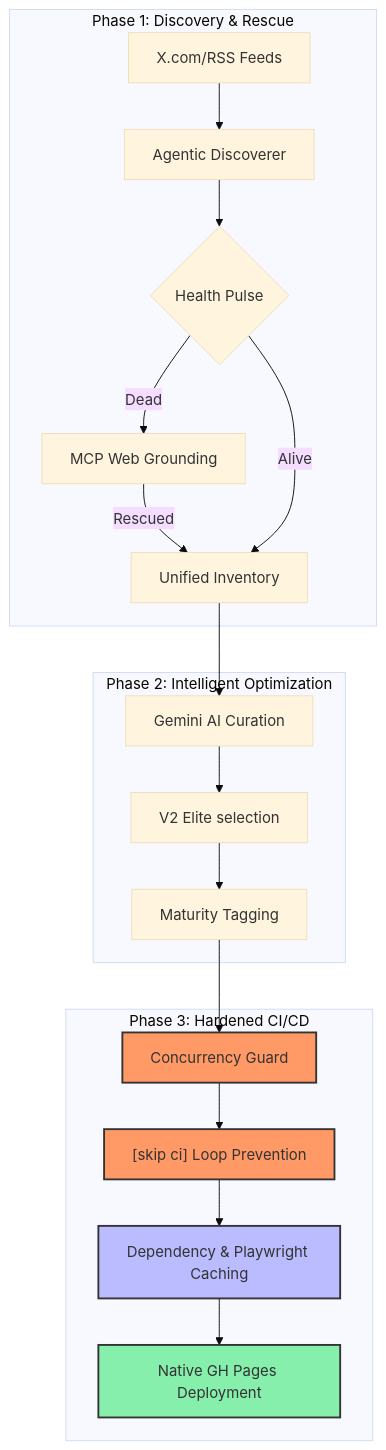
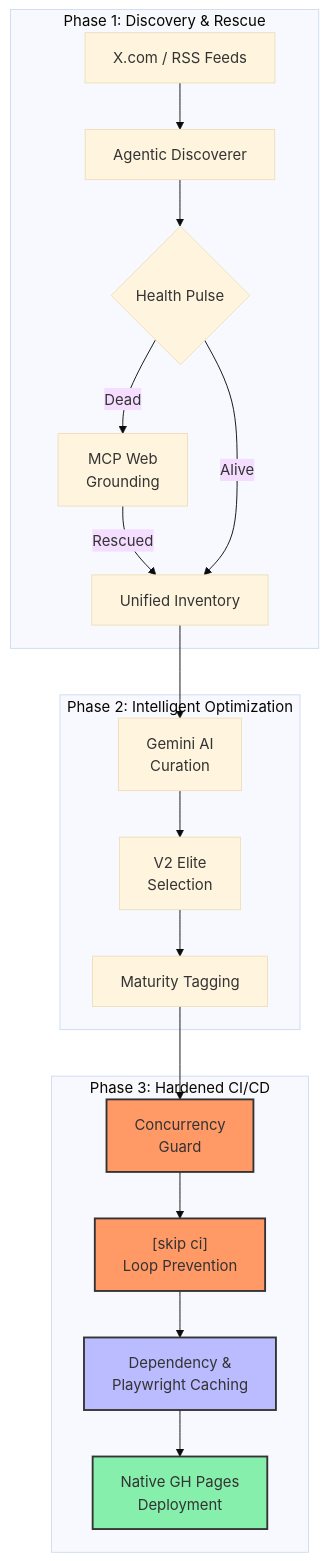
Before and after one commit to sec-js/awesome-kubernetes: the fourth of 10 diagrams in README.md, drawn with Mermaid (base theme). The commit also changed 1 other file, not shown here.

Commit message:
fix(mermaid): wrap node labels inside 4.2 Hardened Architecture diagram to avoid cutoff and bump version to 2.3.43

````diff
--- a/README.md
+++ b/README.md
@@ -285,28 +285,28 @@
 ```mermaid
 graph TD
     subgraph "Phase 1: Discovery & Rescue"
-        A["X.com/RSS Feeds"] --> B["Agentic Discoverer"]
+        A["X.com / RSS Feeds"] --> B["Agentic Discoverer"]
         B --> C{"Health Pulse"}
-        C -- "Dead" --> D["MCP Web Grounding"]
+        C -- "Dead" --> D["MCP Web<br>Grounding"]
         D -- "Rescued" --> E["Unified Inventory"]
         C -- "Alive" --> E
     end
 
     subgraph "Phase 2: Intelligent Optimization"
-        E --> F["Gemini AI Curation"]
-        F --> G["V2 Elite selection"]
+        E --> F["Gemini AI<br>Curation"]
+        F --> G["V2 Elite<br>Selection"]
         G --> H["Maturity Tagging"]
     end
 
     subgraph "Phase 3: Hardened CI/CD"
-        H --> I["Concurrency Guard"]
-        I --> J["[skip ci] Loop Prevention"]
-        J --> K["Dependency & Playwright Caching"]
-        K --> L["Native GH Pages Deployment"]
+        H --> I["Concurrency<br>Guard"]
+        I --> J["[skip ci]<br>Loop Prevention"]
+        J --> K["Dependency &<br>Playwright Caching"]
+        K --> L["Native GH Pages<br>Deployment"]
     end
 
     style I fill:#f96,stroke:#333,stroke-width:2px
     style J fill:#f96,stroke:#333,stroke-width:2px
     style K fill:#bbf,stroke:#333,stroke-width:2px
     style L fill:#86efac,stroke:#333,stroke-width:2px
 ```
````
